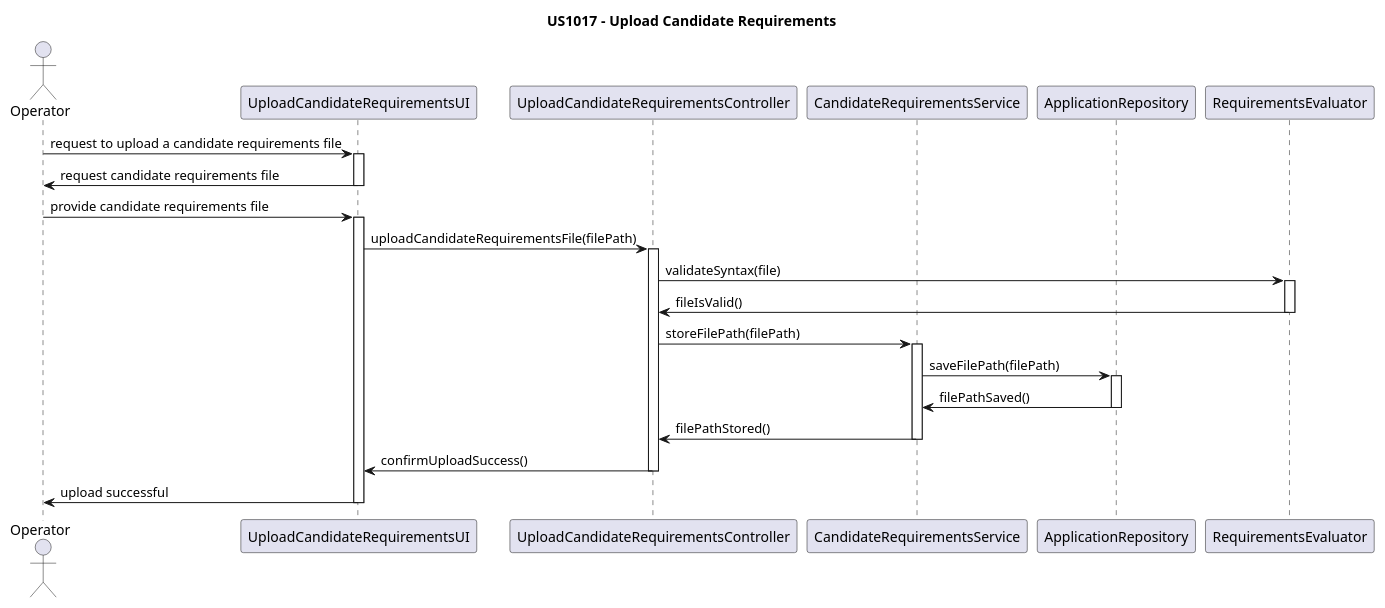
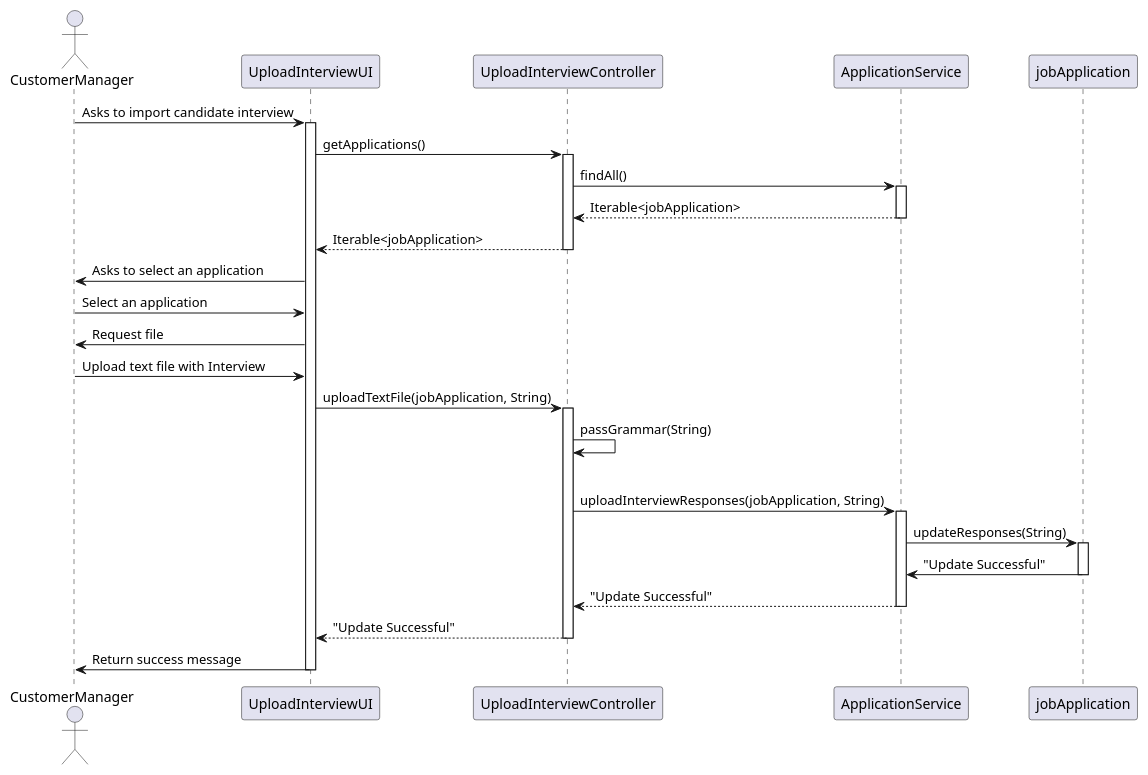
One commit to Mendoncaa/LAPR4 changed the diagram in docs/sprintC/US1017/03.design/puml/SD.puml. Above: the diagram before and after it, drawn with PlantUML. The commit also changed 2 other files, not shown here.

```diff
--- a/docs/sprintC/US1017/03.design/puml/SD.puml
+++ b/docs/sprintC/US1017/03.design/puml/SD.puml
@@ -1,46 +1,56 @@
 @startuml
-title US1017 - Upload Candidate Requirements
 
-actor "Operator" as O
-participant "UploadCandidateRequirementsUI" as UI
-participant "UploadCandidateRequirementsController" as C
-participant "CandidateRequirementsService" as S
-participant "ApplicationRepository" as FR
-participant "RequirementsEvaluator" as V
+actor CustomerManager
+participant "UploadInterviewUI" as UI
+participant "UploadInterviewController" as Controller
+participant "ApplicationService" as AppService
+participant "jobApplication" as Application
 
-O -> UI : request to upload a candidate requirements file
+CustomerManager -> UI : Asks to import candidate interview
 activate UI
 
-UI -> O : request candidate requirements file
-deactivate UI
+UI -> Controller : getApplications()
+activate Controller
 
-O -> UI : provide candidate requirements file
-activate UI
+Controller -> AppService : findAll()
+activate AppService
 
-UI -> C : uploadCandidateRequirementsFile(filePath)
-activate C
+AppService --> Controller : Iterable<jobApplication>
+deactivate AppService
 
-C -> V : validateSyntax(file)
-activate V
+Controller --> UI : Iterable<jobApplication>
+deactivate Controller
+
+UI -> CustomerManager : Asks to select an application
+CustomerManager -> UI : Select an application
+
+UI -> CustomerManager : Request file
+CustomerManager -> UI : Upload text file with Interview
+
+UI -> Controller : uploadTextFile(jobApplication, String)
+activate Controller
+
+Controller -> Controller: passGrammar(String)
 
 
-    V -> C : fileIsValid()
-    deactivate V
-    C -> S : storeFilePath(filePath)
-    activate S
+    alt if file is valid
+        Controller -> AppService : uploadInterviewResponses(jobApplication, String)
+        activate AppService
+        AppService -> Application : updateResponses(String)
+        activate Application
 
-    S -> FR : saveFilePath(filePath)
-    activate FR
+        Application -> AppService : "Update Successful"
+        deactivate Application
 
-    FR -> S : filePathSaved()
-    deactivate FR
+        AppService --> Controller : "Update Successful"
+        deactivate AppService
 
-    S -> C : filePathStored()
-    deactivate S
+        Controller --> UI : "Update Successful"
+        deactivate Controller
 
-    C -> UI : confirmUploadSuccess()
-    deactivate C
-    UI -> O : upload successful
+        UI -> CustomerManager : Return success message
+    
+
 deactivate UI
 
 @enduml
```
